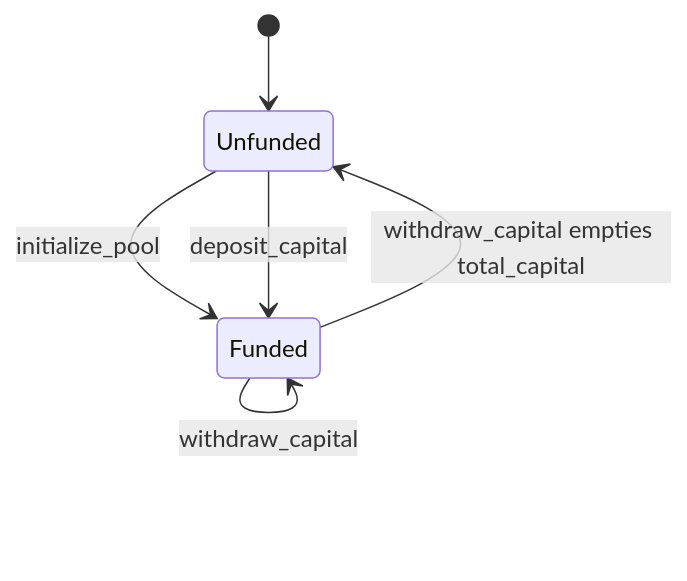
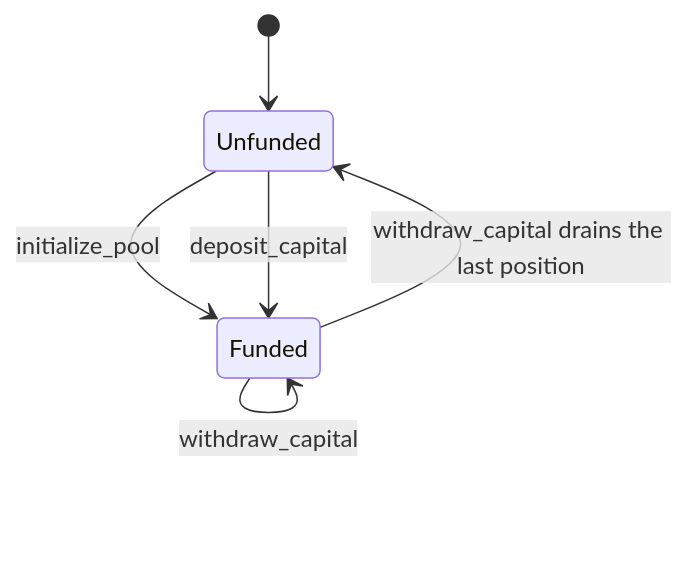
One commit to ChaosCore-labs/Trana_Protocol changed the second of 4 diagrams in docs/freight_delay/workflows/lifecycle.md. Above: the diagram before and after it, drawn with Mermaid. The commit also changed other lines of this file and 8 other files, not shown here.

````diff
--- a/docs/freight_delay/workflows/lifecycle.md
+++ b/docs/freight_delay/workflows/lifecycle.md
@@ -116,11 +116,11 @@
 ```mermaid
 stateDiagram-v2
     [*] --> Unfunded
     Unfunded --> Funded : initialize_pool
     Unfunded --> Funded : deposit_capital
     Funded --> Funded : deposit_capital
     Funded --> Funded : buy_policy
     Funded --> Funded : settle_policy
     Funded --> Funded : withdraw_capital
-    Funded --> Unfunded : withdraw_capital empties total_capital
+    Funded --> Unfunded : withdraw_capital drains the last position
 ```
````
